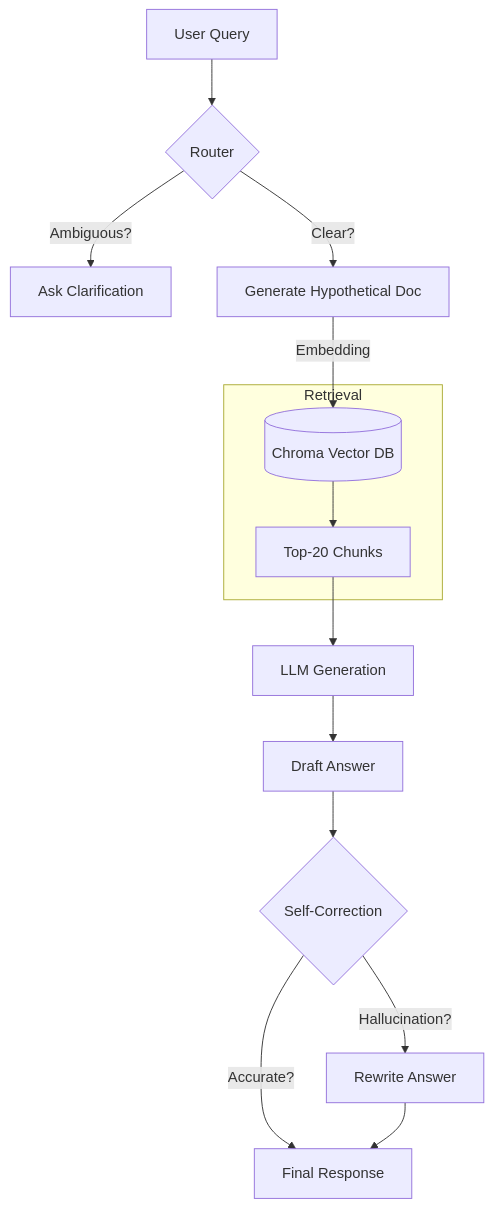
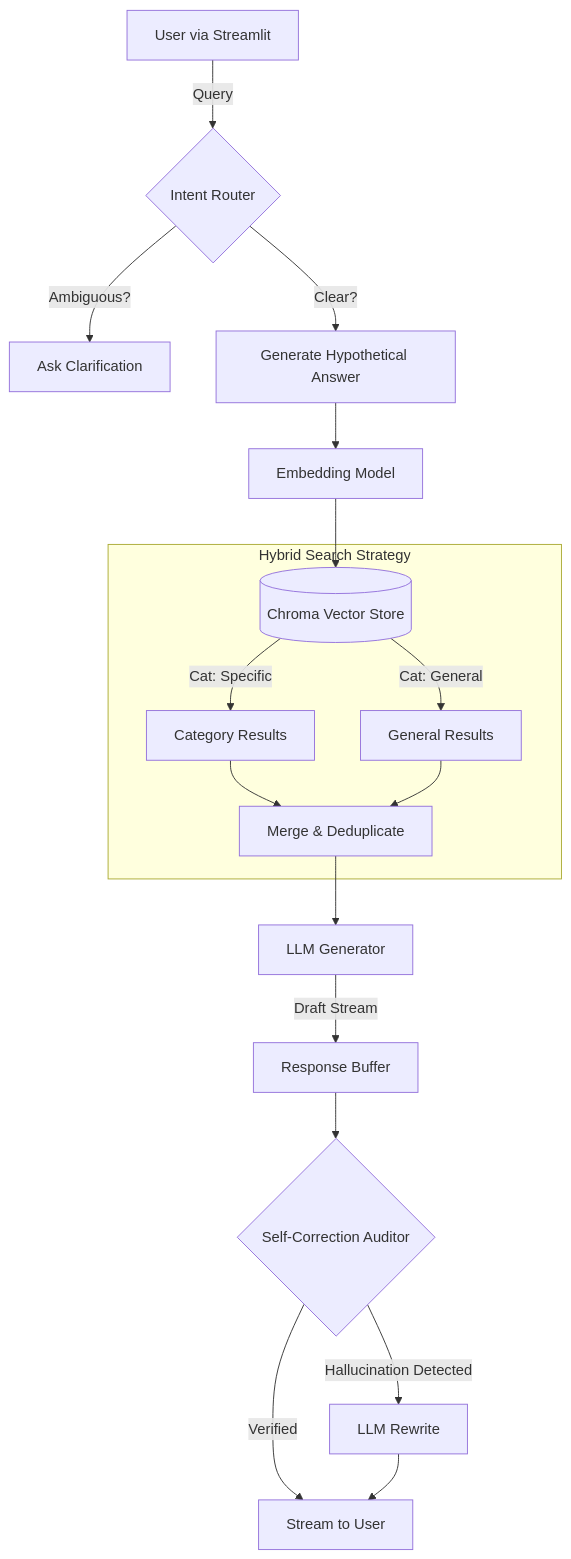
The diagram in DOCUMENTATION.md (allebee/rag_latest), drawn with Mermaid before and after one commit. The commit also changed other lines of this file and 1 other file, not shown here.

````diff
--- a/DOCUMENTATION.md
+++ b/DOCUMENTATION.md
@@ -57,22 +20,29 @@
 ```mermaid
 graph TD
-    User[User Query] --> Router{Router}
+    %% User Interaction Layer
+    User[User via Streamlit] -->|Query| Router{Intent Router}
+
+    %% Agentic Logic Layer
+    Router -- Ambiguous? --> Clarify[Ask Clarification]
+    Router -- Clear? --> HyDE[Generate Hypothetical Answer]
     
-    Router -- Ambiguous? --> Ask[Ask Clarification]
-    Router -- Clear? --> HyDE[Generate Hypothetical Doc]
+    %% Retrieval Layer
+    HyDE --> Embed[Embedding Model]
+    Embed --> ChromaDB[(Chroma Vector Store)]
     
-    HyDE -- Embedding --> ChromaDB[(Chroma Vector DB)]
-    
-    subgraph Retrieval
-    ChromaDB --> TopK[Top-20 Chunks]
+    subgraph "Hybrid Search Strategy"
+        ChromaDB -->|Cat: Specific| Res1[Category Results]
+        ChromaDB -->|Cat: General| Res2[General Results]
+        Res1 & Res2 --> Merge[Merge & Deduplicate]
     end
     
-    TopK --> Generator[LLM Generation]
-    Generator --> Draft[Draft Answer]
+    %% Generation Layer
+    Merge --> Generator[LLM Generator]
+    Generator -->|Draft Stream| Buffer[Response Buffer]
     
-    Draft --> Critic{Self-Correction}
-    Critic -- Hallucination? --> Fix[Rewrite Answer]
-    Critic -- Accurate? --> Final[Final Response]
-    
-    Fix --> Final
+    %% Verification Layer (Always On)
+    Buffer --> Critic{Self-Correction Auditor}
+    Critic -- Hallucination Detected --> Rewrite[LLM Rewrite]
+    Critic -- Verified --> Stream[Stream to User]
+    Rewrite --> Stream
 ```
````
